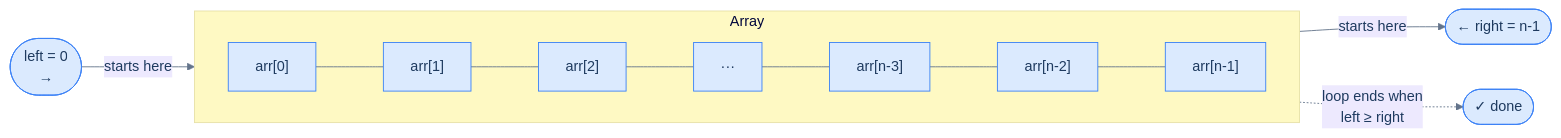
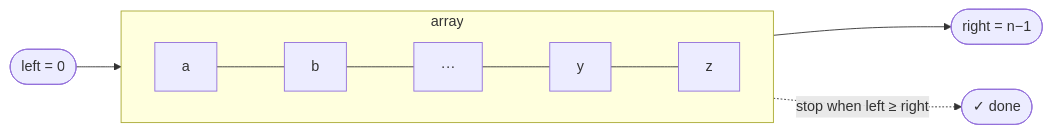
One commit to ani2fun/codefolio changed the diagram in content/cortex/data-structures-and-algorithms/02-linear-structures/01-arrays/04-pattern-two-pointers/01-pattern.md. Above: the diagram before and after it, drawn with Mermaid. The commit also changed other lines of this file and 1049 other files, not shown here.

````diff
--- a/content/cortex/data-structures-and-algorithms/02-linear-structures/01-arrays/04-pattern-two-pointers/01-pattern.md
+++ b/content/cortex/data-structures-and-algorithms/02-linear-structures/01-arrays/04-pattern-two-pointers/01-pattern.md
@@ -27,23 +40,10 @@
 ```mermaid
----
-config:
-  theme: base
-  themeVariables:
-    primaryColor: "#dbeafe"
-    primaryBorderColor: "#3b82f6"
-    primaryTextColor: "#1e3a5f"
-    lineColor: "#64748b"
-    secondaryColor: "#ede9fe"
-    tertiaryColor: "#fef9c3"
----
 flowchart LR
-  L(["left = 0<br/>→"]) -->|"starts here"| A0
-
-  subgraph ARR["Array"]
+  L(["left = 0"]) --> A0
+  subgraph ARR["array"]
     direction LR
-    A0["arr[0]"] --- A1["arr[1]"] --- A2["arr[2]"] --- MID["···"] --- An2["arr[n-3]"] --- An1["arr[n-2]"] --- An["arr[n-1]"]
+    A0["a"] --- A1["b"] --- MID["···"] --- A4["y"] --- A5["z"]
   end
-
-  An -->|"starts here"| R(["← right = n-1"])
-  MID -.->|"loop ends when<br/>left ≥ right"| STOP(["✓ done"])
+  A5 --> R(["right = n−1"])
+  MID -.->|"stop when left ≥ right"| DONE(["✓ done"])
 ```
````
